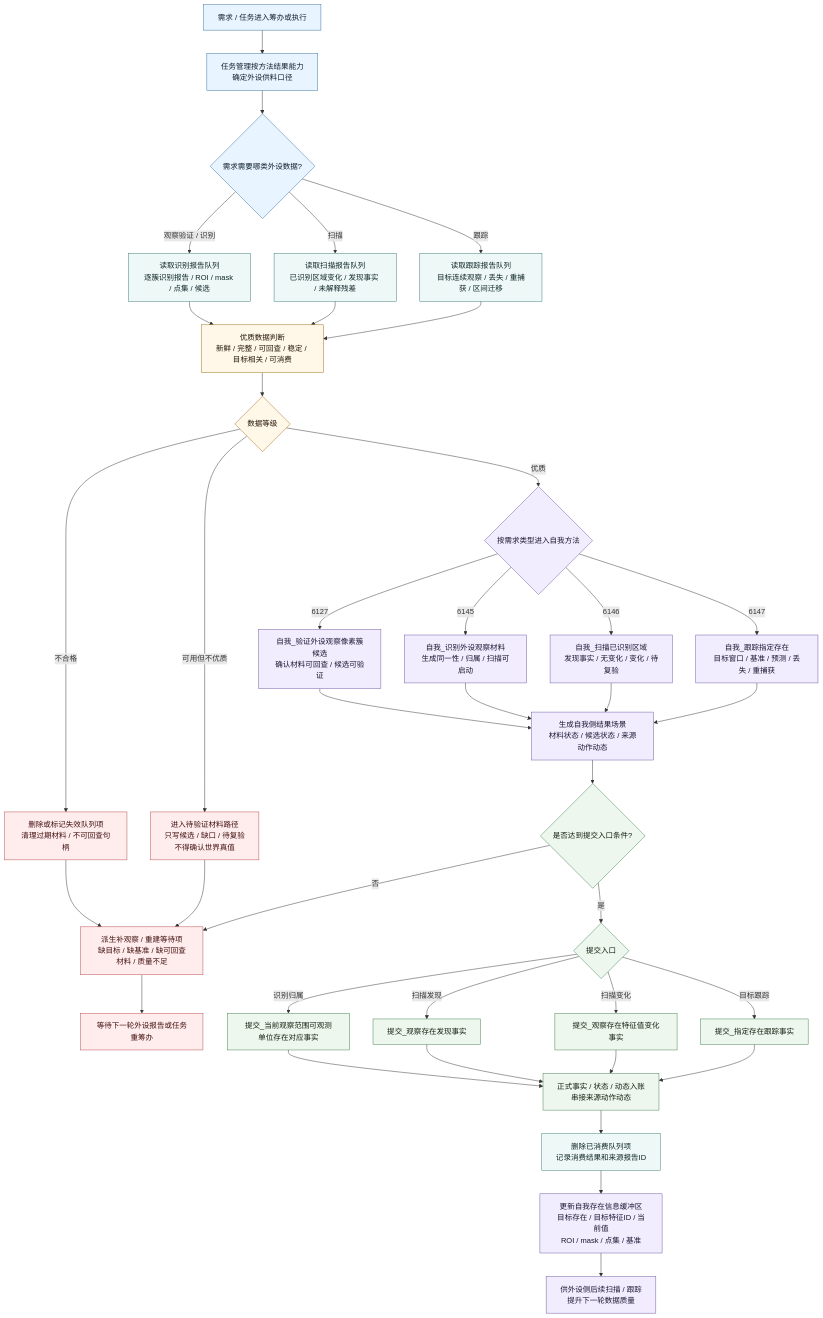
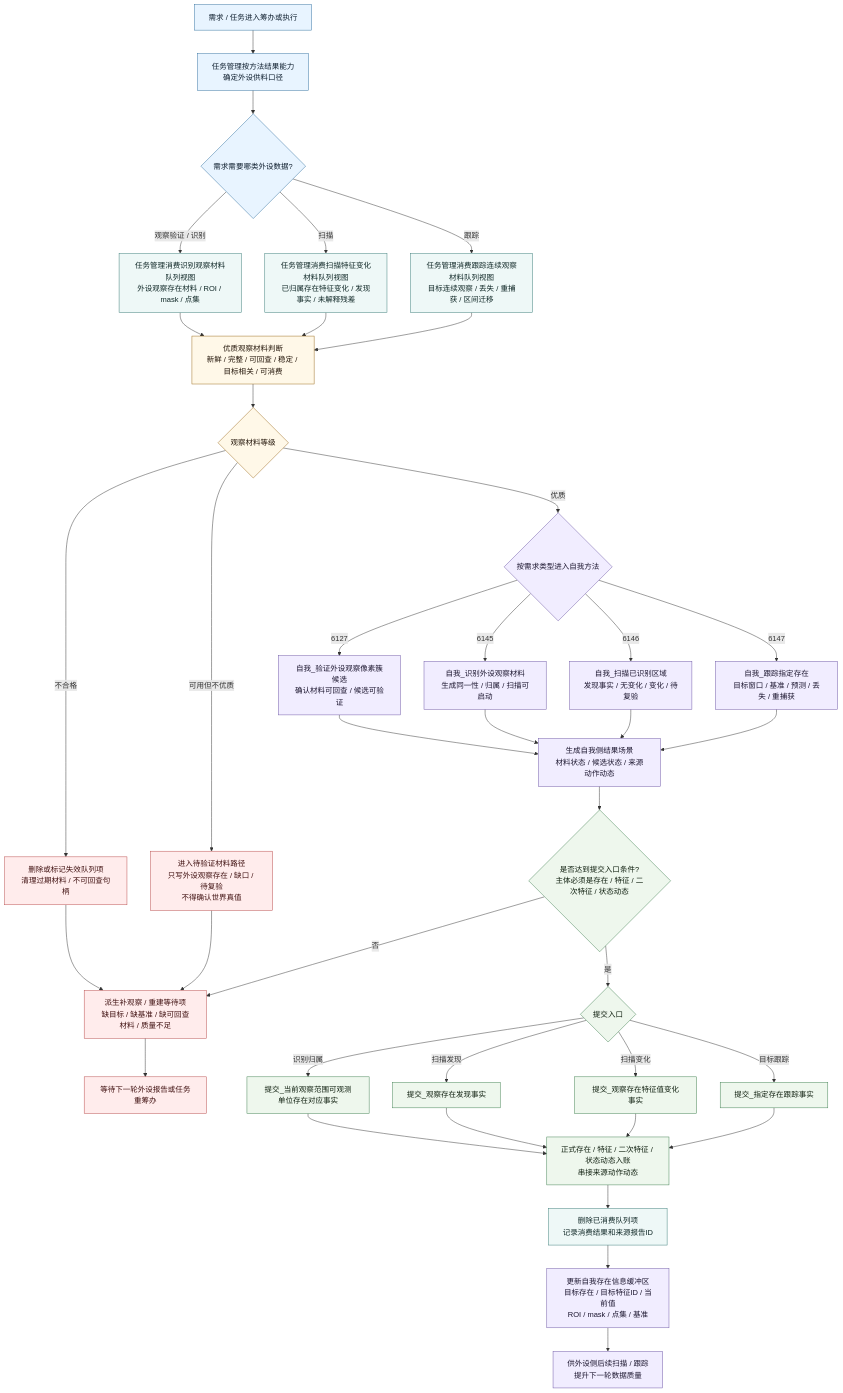
Before and after one commit to chunhaizh-cyber/Birthplace-of-digital-civilization: the first of 3 diagrams in 流程图/20260606_外设工作流程图_v0.2.md, drawn with Mermaid. The commit also changed other lines of this file and 7 other files, not shown here.

Commit message:
修订外设流程图正式承接口径

````diff
--- a/流程图/20260606_外设工作流程图_v0.2.md
+++ b/流程图/20260606_外设工作流程图_v0.2.md
@@ -43,64 +44,64 @@
 ```mermaid
 flowchart TB
     A["需求 / 任务进入筹办或执行"] --> B["任务管理按方法结果能力<br/>确定外设供料口径"]
     B --> C{"需求需要哪类外设数据?"}
 
-    C -->|观察验证 / 识别| D1["读取识别报告队列<br/>逐簇识别报告 / ROI / mask / 点集 / 候选"]
-    C -->|扫描| D2["读取扫描报告队列<br/>已识别区域变化 / 发现事实 / 未解释残差"]
-    C -->|跟踪| D3["读取跟踪报告队列<br/>目标连续观察 / 丢失 / 重捕获 / 区间迁移"]
+    C -->|观察验证 / 识别| D1["任务管理消费识别观察材料队列视图<br/>外设观察存在材料 / ROI / mask / 点集"]
+    C -->|扫描| D2["任务管理消费扫描特征变化材料队列视图<br/>已归属存在特征变化 / 发现事实 / 未解释残差"]
+    C -->|跟踪| D3["任务管理消费跟踪连续观察材料队列视图<br/>目标连续观察 / 丢失 / 重捕获 / 区间迁移"]
 
-    D1 --> E["优质数据判断<br/>新鲜 / 完整 / 可回查 / 稳定 / 目标相关 / 可消费"]
+    D1 --> E["优质观察材料判断<br/>新鲜 / 完整 / 可回查 / 稳定 / 目标相关 / 可消费"]
     D2 --> E
     D3 --> E
 
-    E --> F{"数据等级"}
+    E --> F{"观察材料等级"}
     F -->|不合格| G["删除或标记失效队列项<br/>清理过期材料 / 不可回查句柄"]
     G --> H["派生补观察 / 重建等待项<br/>缺目标 / 缺基准 / 缺可回查材料 / 质量不足"]
 
-    F -->|可用但不优质| I["进入待验证材料路径<br/>只写候选 / 缺口 / 待复验<br/>不得确认世界真值"]
+    F -->|可用但不优质| I["进入待验证材料路径<br/>只写外设观察存在 / 缺口 / 待复验<br/>不得确认世界真值"]
     I --> H
 
     F -->|优质| J{"按需求类型进入自我方法"}
     J -->|6127| K["自我_验证外设观察像素簇候选<br/>确认材料可回查 / 候选可验证"]
     J -->|6145| L["自我_识别外设观察材料<br/>生成同一性 / 归属 / 扫描可启动"]
     J -->|6146| M["自我_扫描已识别区域<br/>发现事实 / 无变化 / 变化 / 待复验"]
     J -->|6147| N["自我_跟踪指定存在<br/>目标窗口 / 基准 / 预测 / 丢失 / 重捕获"]
 
     K --> O["生成自我侧结果场景<br/>材料状态 / 候选状态 / 来源动作动态"]
     L --> O
     M --> O
     N --> O
 
-    O --> P{"是否达到提交入口条件?"}
+    O --> P{"是否达到提交入口条件?<br/>主体必须是存在 / 特征 / 二次特征 / 状态动态"}
     P -->|否| H
     P -->|是| Q{"提交入口"}
 
     Q -->|识别归属| R1["提交_当前观察范围可观测单位存在对应事实"]
     Q -->|扫描发现| R2["提交_观察存在发现事实"]
     Q -->|扫描变化| R3["提交_观察存在特征值变化事实"]
     Q -->|目标跟踪| R4["提交_指定存在跟踪事实"]
 
-    R1 --> S["正式事实 / 状态 / 动态入账<br/>串接来源动作动态"]
+    R1 --> S["正式存在 / 特征 / 二次特征 / 状态动态入账<br/>串接来源动作动态"]
     R2 --> S
     R3 --> S
     R4 --> S
 
     S --> T["删除已消费队列项<br/>记录消费结果和来源报告ID"]
     T --> U["更新自我存在信息缓冲区<br/>目标存在 / 目标特征ID / 当前值<br/>ROI / mask / 点集 / 基准"]
     U --> V["供外设侧后续扫描 / 跟踪<br/>提升下一轮数据质量"]
     H --> W["等待下一轮外设报告或任务重筹办"]
 
     classDef demand fill:#e8f4ff,stroke:#2f6f9f,color:#102030;
     classDef queue fill:#eef8f7,stroke:#397b77,color:#102827;
     classDef quality fill:#fff8e8,stroke:#9a6a1a,color:#24160a;
     classDef self fill:#f1edff,stroke:#6c56a4,color:#1d1730;
     classDef submit fill:#eef7ed,stroke:#3f7f4f,color:#102010;
     classDef gap fill:#ffecec,stroke:#b84a4a,color:#401111;
 
     class A,B,C demand;
     class D1,D2,D3,T queue;
     class E,F quality;
     class J,K,L,M,N,O,U,V self;
     class P,Q,R1,R2,R3,R4,S submit;
     class G,H,I,W gap;
 ```
````
